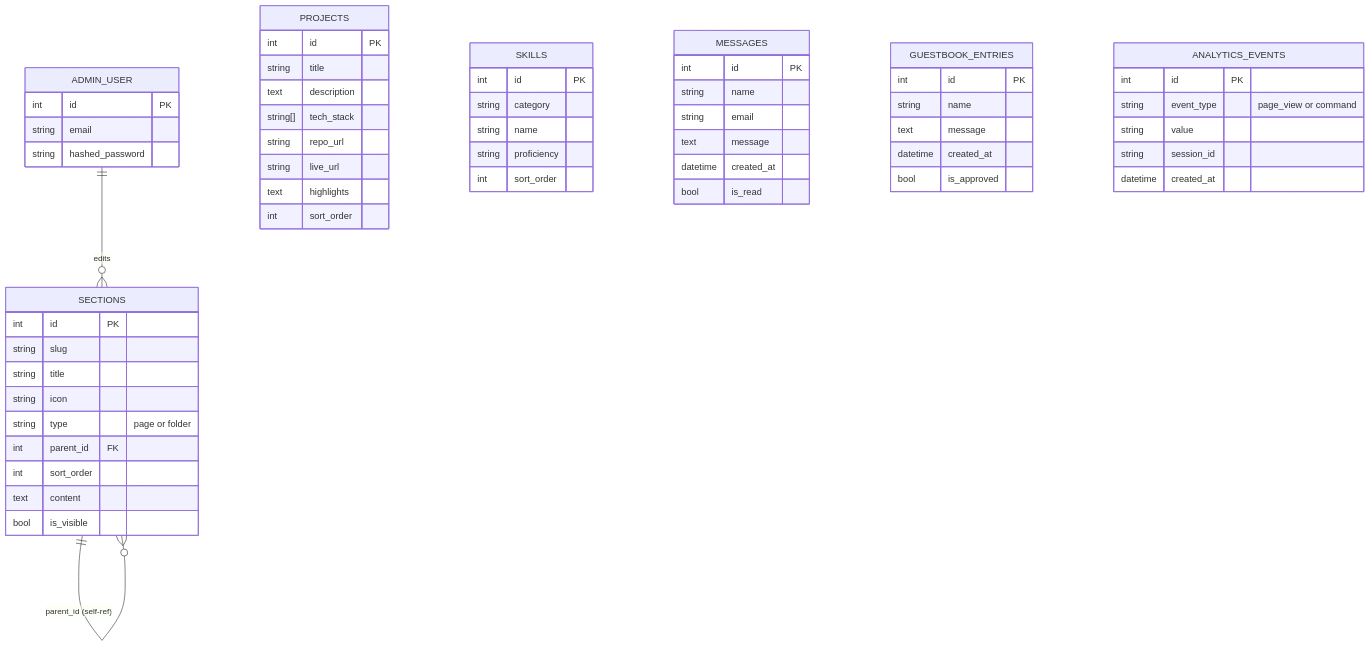
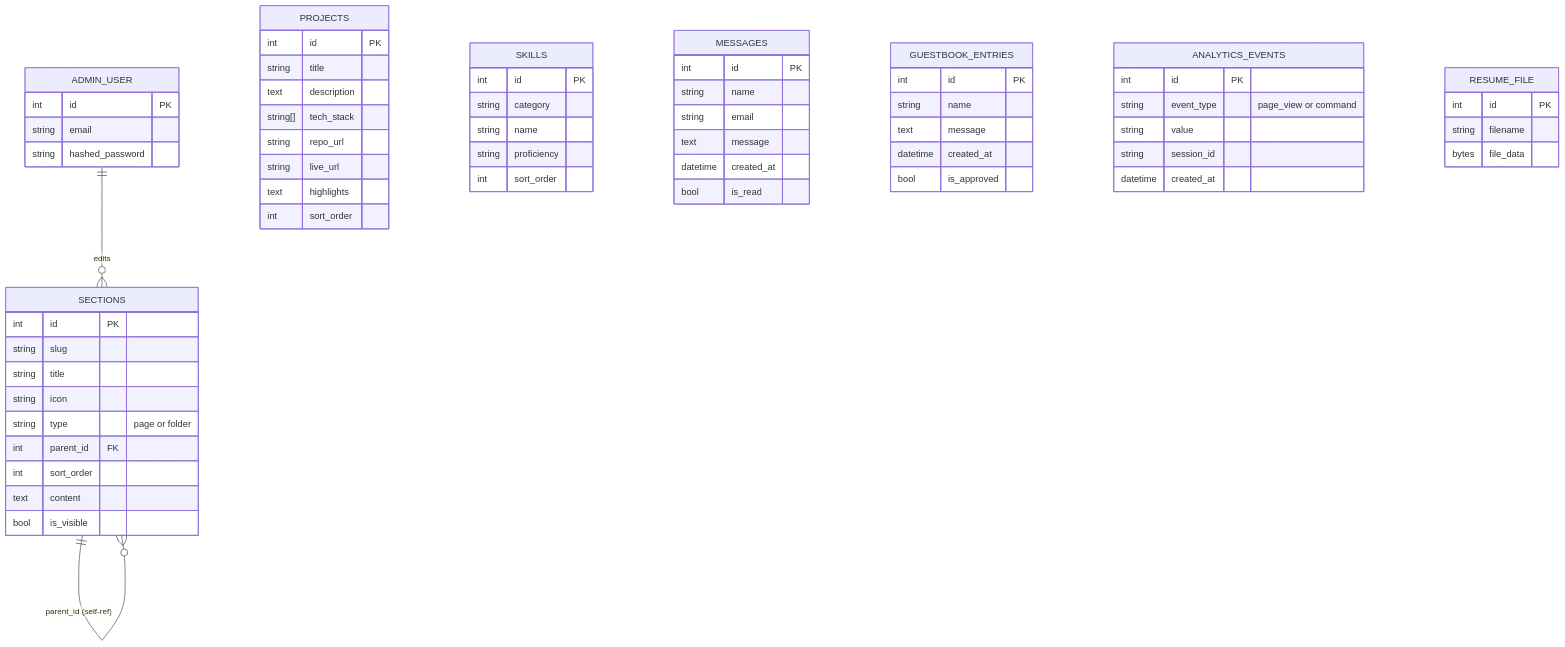
One commit to Ibrahim-2005/portfolio changed the diagram in docs/architecture/database-schema.md. Above: the diagram before and after it, drawn with Mermaid. The commit also changed other lines of this file and 23 other files, not shown here.

````diff
--- a/docs/architecture/database-schema.md
+++ b/docs/architecture/database-schema.md
@@ -5,60 +5,65 @@
 ```mermaid
 erDiagram
     SECTIONS ||--o{ SECTIONS : "parent_id (self-ref)"
     ADMIN_USER ||--o{ SECTIONS : edits
     PROJECTS {
         int id PK
         string title
         text description
         string[] tech_stack
         string repo_url
         string live_url
         text highlights
         int sort_order
     }
     SKILLS {
         int id PK
         string category
         string name
         string proficiency
         int sort_order
     }
     SECTIONS {
         int id PK
         string slug
         string title
         string icon
         string type "page or folder"
         int parent_id FK
         int sort_order
         text content
         bool is_visible
     }
     MESSAGES {
         int id PK
         string name
         string email
         text message
         datetime created_at
         bool is_read
     }
     GUESTBOOK_ENTRIES {
         int id PK
         string name
         text message
         datetime created_at
         bool is_approved
     }
     ANALYTICS_EVENTS {
         int id PK
         string event_type "page_view or command"
         string value
         string session_id
         datetime created_at
     }
     ADMIN_USER {
         int id PK
         string email
         string hashed_password
     }
+    RESUME_FILE {
+        int id PK
+        string filename
+        bytes file_data
+    }
 ```
````
